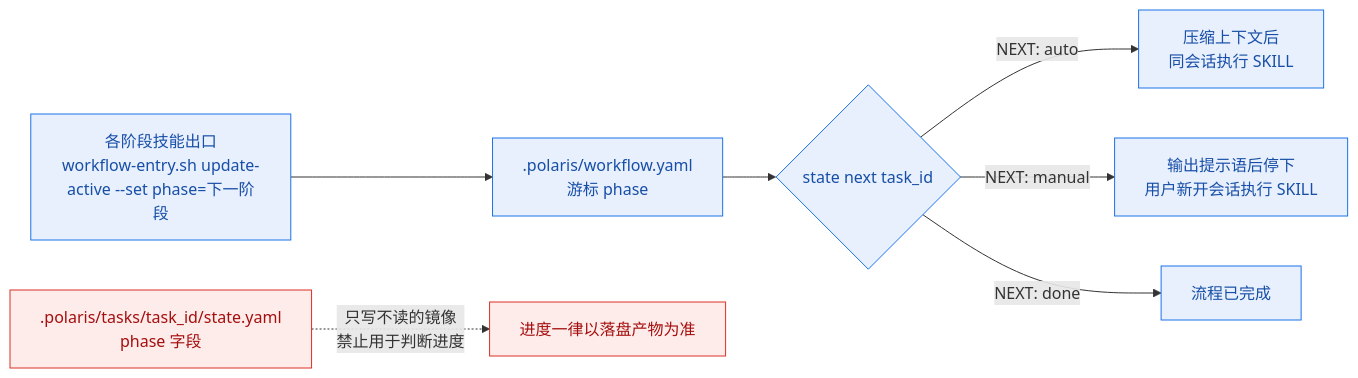
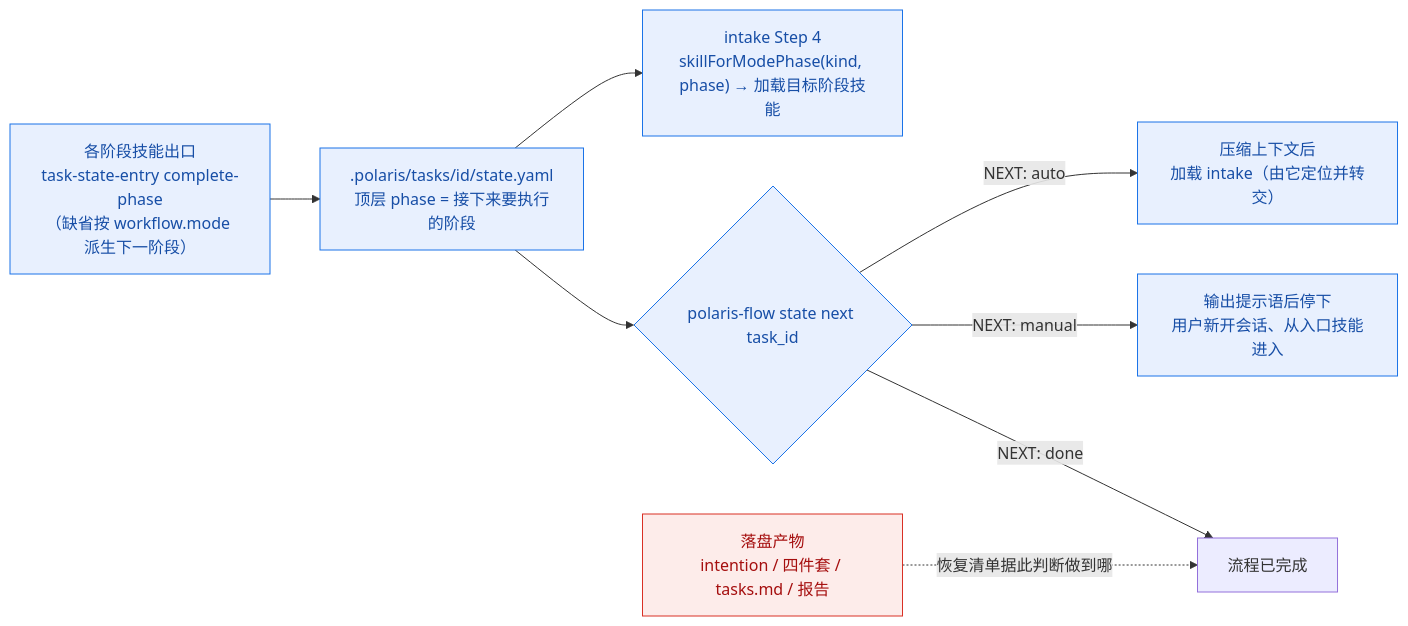
One commit to incodingless/polaris-flow changed diagram 12 of 12 in docs/architecture/coding-workflow-flows.md. Above: the diagram before and after it, drawn with Mermaid. The commit also changed other lines of this file and 46 other files, not shown here.

````diff
--- a/docs/architecture/coding-workflow-flows.md
+++ b/docs/architecture/coding-workflow-flows.md
@@ -589,14 +581,15 @@
 ```mermaid
 flowchart LR
-    A["各阶段技能出口<br/>workflow-entry.sh update-active --set phase=下一阶段"] --> B[".polaris/workflow.yaml<br/>游标 phase"]
-    B --> C{"state next task_id"}
-    C -->|"NEXT: auto"| D["压缩上下文后<br/>同会话执行 SKILL"]
-    C -->|"NEXT: manual"| E["输出提示语后停下<br/>用户新开会话执行 SKILL"]
-    C -->|"NEXT: done"| F["流程已完成"]
-    G[".polaris/tasks/task_id/state.yaml<br/>phase 字段"] -.->|"只写不读的镜像<br/>禁止用于判断进度"| H["进度一律以落盘产物为准"]
+    A["各阶段技能出口<br/>task-state-entry complete-phase<br/>（缺省按 workflow.mode 派生下一阶段）"] --> B[".polaris/tasks/id/state.yaml<br/>顶层 phase = 接下来要执行的阶段"]
+    B --> C["intake Step 4<br/>skillForModePhase(kind, phase) → 加载目标阶段技能"]
+    B --> D{"polaris-flow state next task_id"}
+    D -->|"NEXT: auto"| E["压缩上下文后<br/>加载 intake（由它定位并转交）"]
+    D -->|"NEXT: manual"| F["输出提示语后停下<br/>用户新开会话、从入口技能进入"]
+    D -->|"NEXT: done"| DONE["流程已完成"]
+    ART["落盘产物<br/>intention / 四件套 / tasks.md / 报告"] -.->|"恢复清单据此判断做到哪"| DONE
 
     classDef ok fill:#e8f0fe,stroke:#1a73e8,color:#174ea6
     classDef warn fill:#fdecea,stroke:#d93025,color:#a50e0e
     class A,B,C,D,E,F ok
-    class G,H warn
+    class ART warn
 ```
````
